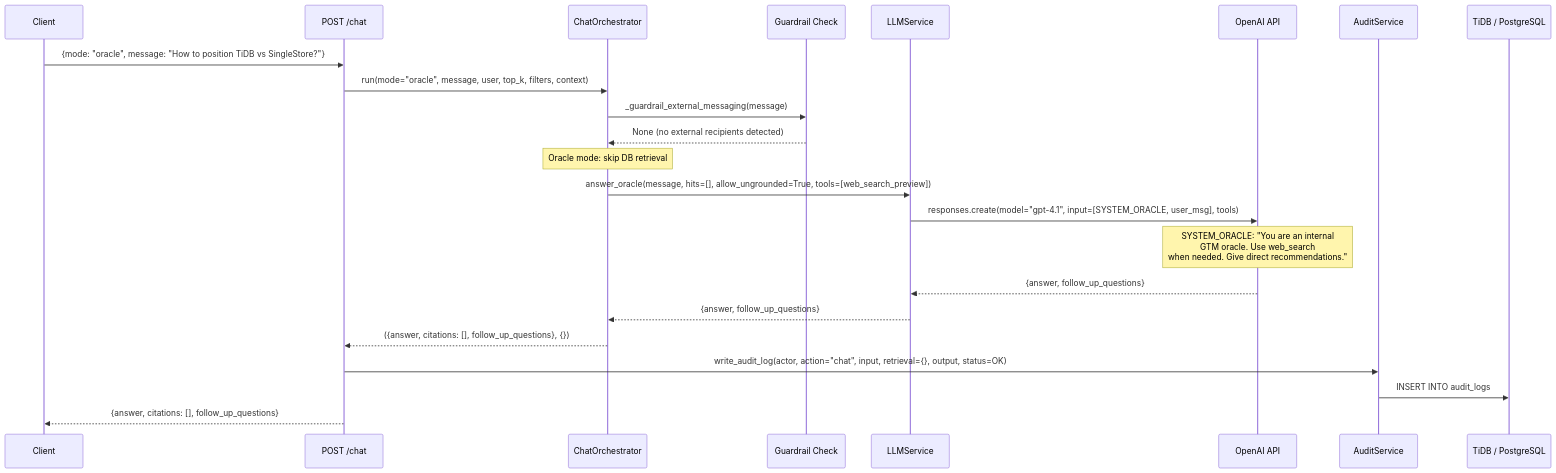
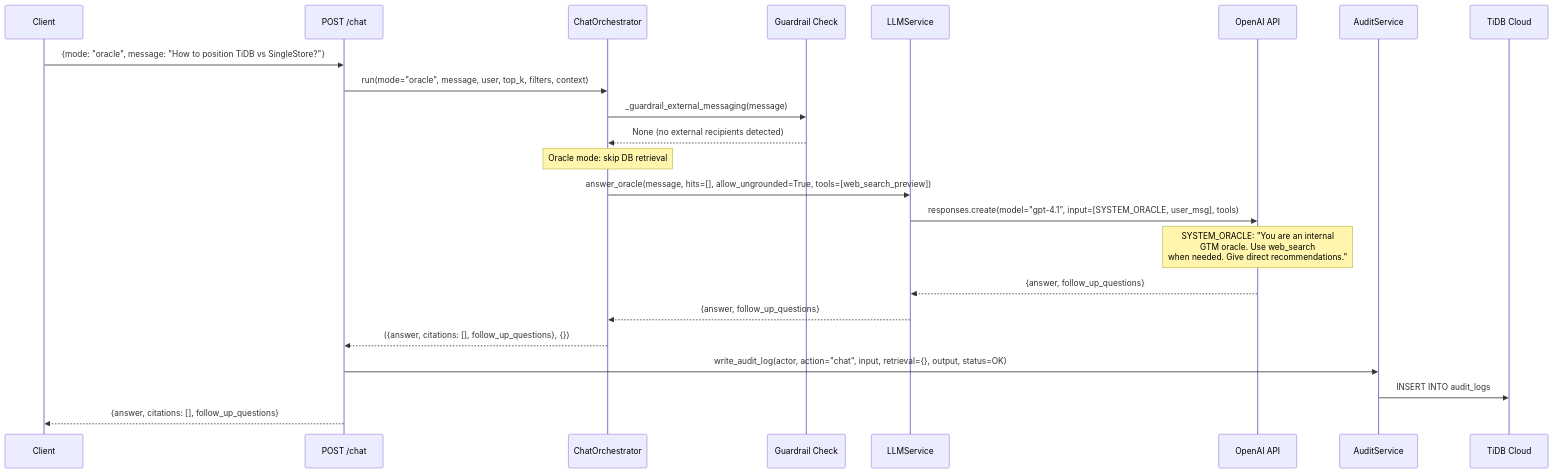
Before and after one commit to stephenlthorn/gtm-copilot-oss: the second of 9 diagrams in README.md, drawn with Mermaid. The commit also changed other lines of this file, not shown here.

First line of the commit message:
Remove all PostgreSQL references — TiDB Cloud is sole database

````diff
--- a/README.md
+++ b/README.md
@@ -124,32 +123,32 @@
 ```mermaid
 sequenceDiagram
     participant C as Client
     participant R as POST /chat
     participant O as ChatOrchestrator
     participant G as Guardrail Check
     participant L as LLMService
     participant AI as OpenAI API
     participant A as AuditService
-    participant DB as TiDB / PostgreSQL
+    participant DB as TiDB Cloud
 
     C->>R: {mode: "oracle", message: "How to position TiDB vs SingleStore?"}
     R->>O: run(mode="oracle", message, user, top_k, filters, context)
     O->>G: _guardrail_external_messaging(message)
     G-->>O: None (no external recipients detected)
 
     Note over O: Oracle mode: skip DB retrieval
 
     O->>L: answer_oracle(message, hits=[], allow_ungrounded=True, tools=[web_search_preview])
     L->>AI: responses.create(model="gpt-4.1", input=[SYSTEM_ORACLE, user_msg], tools)
 
     Note over AI: SYSTEM_ORACLE: "You are an internal<br/>GTM oracle. Use web_search<br/>when needed. Give direct recommendations."
 
     AI-->>L: {answer, follow_up_questions}
     L-->>O: {answer, follow_up_questions}
     O-->>R: ({answer, citations: [], follow_up_questions}, {})
 
     R->>A: write_audit_log(actor, action="chat", input, retrieval={}, output, status=OK)
     A->>DB: INSERT INTO audit_logs
 
     R-->>C: {answer, citations: [], follow_up_questions}
 ```
````
